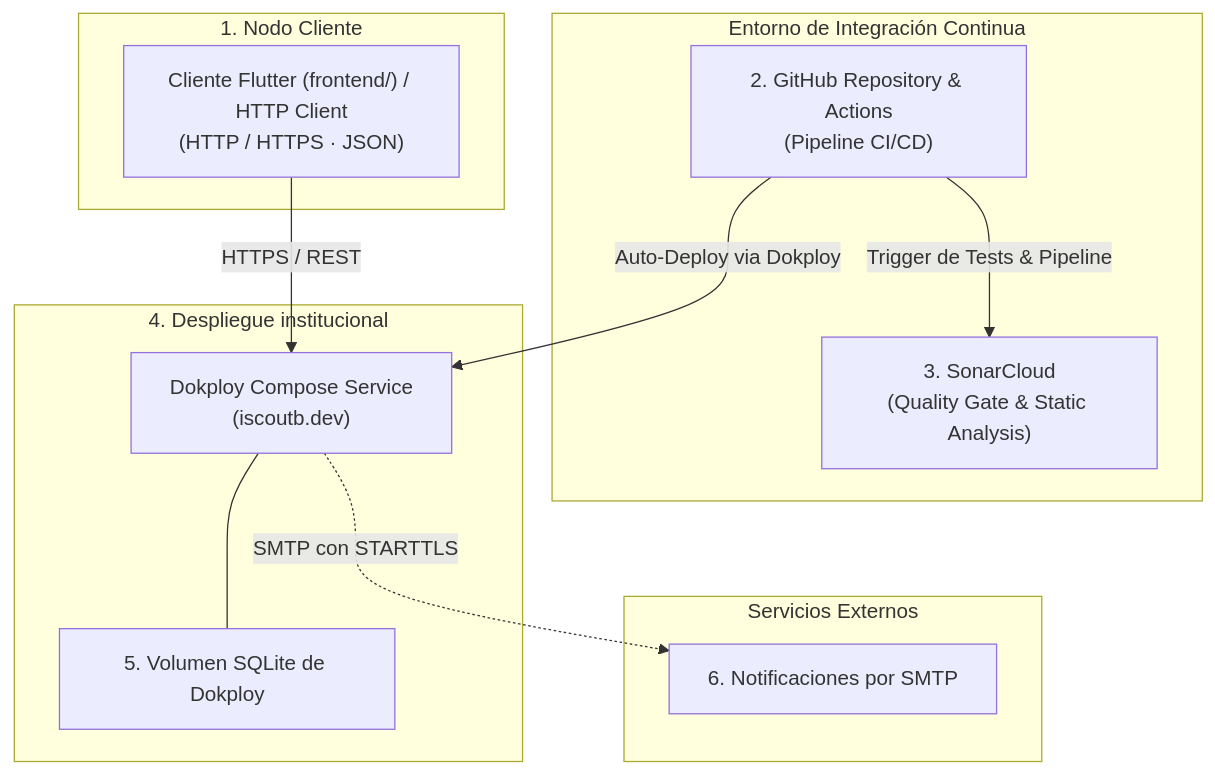
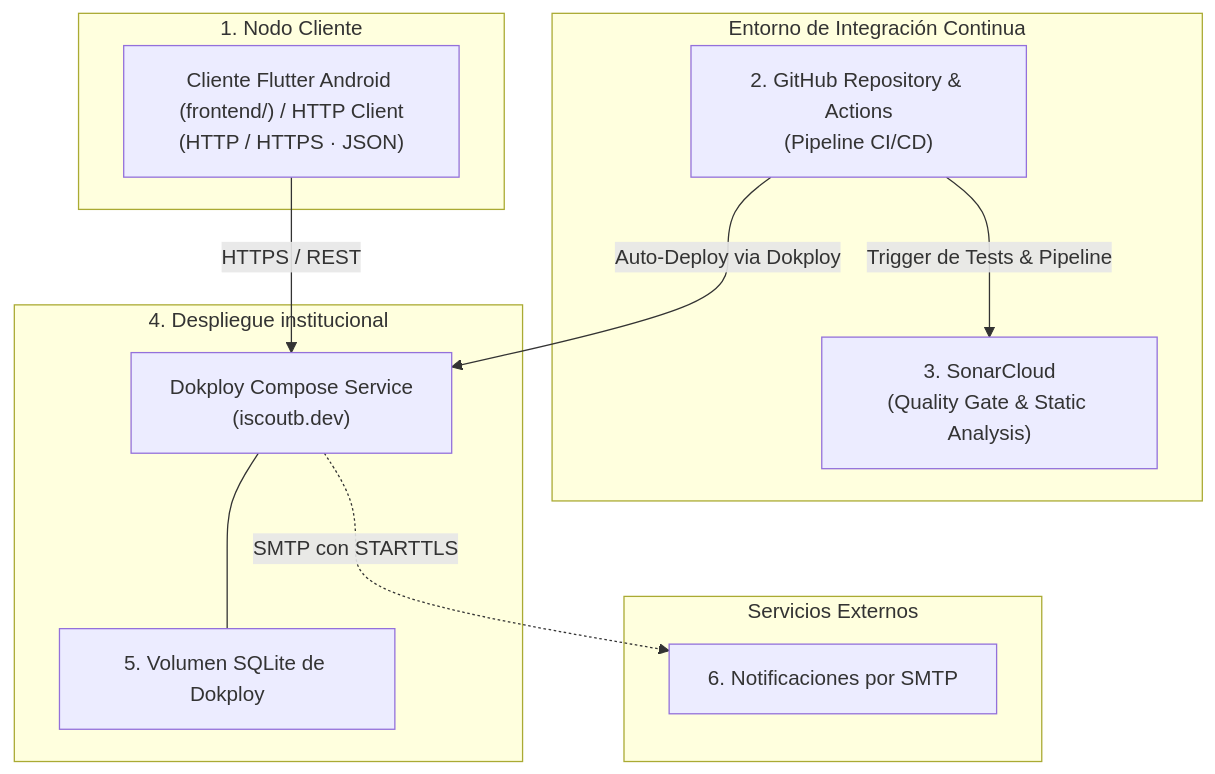
One commit to ISCOUTB/AS_202620_InvenTrack changed the fifth of 7 diagrams in docs/arc42/arc42-template-EN.md. Above: the diagram before and after it, drawn with Mermaid. The commit also changed other lines of this file and 19 other files, not shown here.

Commit message:
Aplicar la revisión del cliente Android y verificar la arquitectura y el flujo durable

````diff
--- a/docs/arc42/arc42-template-EN.md
+++ b/docs/arc42/arc42-template-EN.md
@@ -398,26 +398,26 @@
 ```mermaid
 flowchart TD
     subgraph CLIENTE["1. Nodo Cliente"]
-        USER["Cliente Flutter (frontend/) / HTTP Client<br/>(HTTP / HTTPS · JSON)"]
+        USER["Cliente Flutter Android (frontend/) / HTTP Client<br/>(HTTP / HTTPS · JSON)"]
     end
 
     subgraph CI_CD["Entorno de Integración Continua"]
         GH["2. GitHub Repository & Actions<br/>(Pipeline CI/CD)"]
         SONAR["3. SonarCloud<br/>(Quality Gate & Static Analysis)"]
     end
 
     subgraph DEPLOY["4. Despliegue institucional"]
       DOKPLOY["Dokploy Compose Service<br/>(iscoutb.dev)"]
       VOL["5. Volumen SQLite de Dokploy"]
     end
 
     subgraph EXTERNAL["Servicios Externos"]
         NOTIF["6. Notificaciones por SMTP"]
     end
 
     USER -->|"HTTPS / REST"| DOKPLOY
     GH -->|"Trigger de Tests & Pipeline"| SONAR
     GH -->|"Auto-Deploy via Dokploy"| DOKPLOY
     DOKPLOY --- VOL
     DOKPLOY -. SMTP con STARTTLS .-> NOTIF
 ```
````
